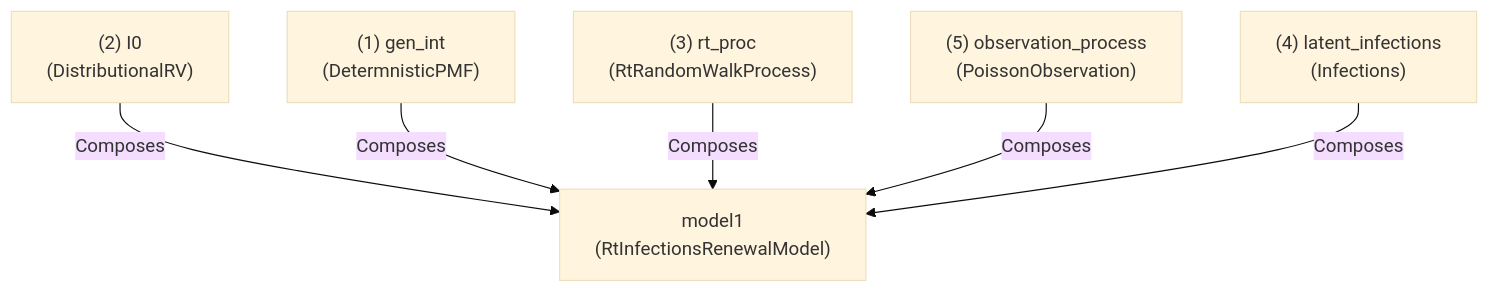
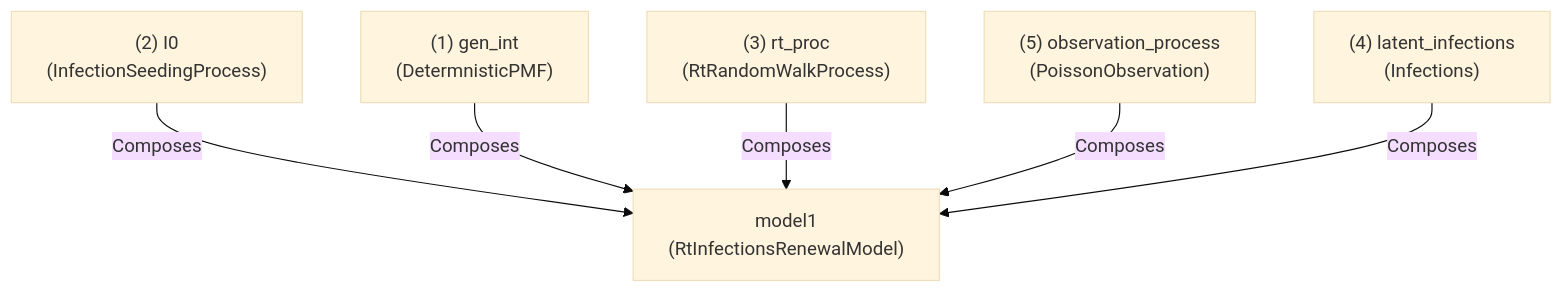
The first of 2 diagrams in model/docs/getting-started.qmd (CDCgov/PyRenew), drawn with Mermaid (base theme) before and after one commit. The commit also changed other lines of this file and 22 other files, not shown here.

````diff
--- a/model/docs/getting-started.qmd
+++ b/model/docs/getting-started.qmd
@@ -117,18 +126,18 @@
 ```mermaid
 %%| label: overview-of-RtInfectionsRenewalModel
 %%| include: true
 flowchart TB
     genint["(1) gen_int\n(DetermnisticPMF)"]
-    i0["(2) I0\n(DistributionalRV)"]
+    i0["(2) I0\n(InfectionSeedingProcess)"]
     rt["(3) rt_proc\n(RtRandomWalkProcess)"]
     inf["(4) latent_infections\n(Infections)"]
     obs["(5) observation_process\n(PoissonObservation)"]
 
     model1["model1\n(RtInfectionsRenewalModel)"]
 
     i0-->|Composes|model1
     genint-->|Composes|model1
     rt-->|Composes|model1
     obs-->|Composes|model1
     inf-->|Composes|model1
 ```
````
